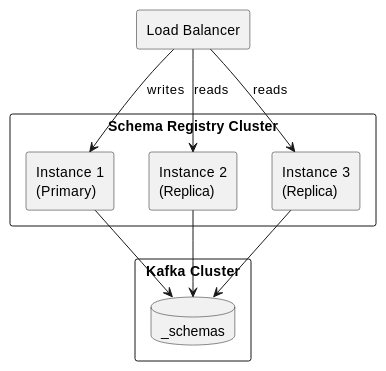
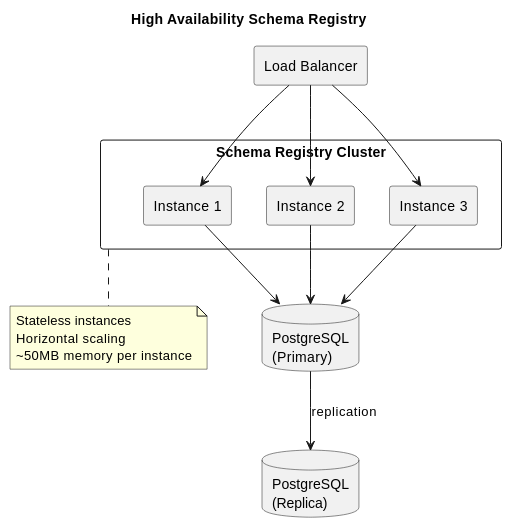
The second of 2 diagrams in docs/data-platforms/kafka/schema-registry/operations.md (axonops/documentation), drawn with PlantUML before and after one commit. The commit also changed other lines of this file and 3 other files, not shown here.

First line of the commit message:
Add cloud storage strategy guide and update Schema Registry for AxonOps

````diff
--- a/docs/data-platforms/kafka/schema-registry/operations.md
+++ b/docs/data-platforms/kafka/schema-registry/operations.md
@@ -39,27 +159,35 @@
 ```plantuml
 @startuml
+skinparam backgroundColor #FFFFFF
 
-skinparam backgroundColor transparent
+title High Availability Schema Registry
 
 rectangle "Load Balancer" as lb
 
-rectangle "Schema Registry Cluster" {
-  rectangle "Instance 1\n(Primary)" as sr1
-  rectangle "Instance 2\n(Replica)" as sr2
-  rectangle "Instance 3\n(Replica)" as sr3
+rectangle "Schema Registry Cluster" as cluster {
+  rectangle "Instance 1" as sr1
+  rectangle "Instance 2" as sr2
+  rectangle "Instance 3" as sr3
 }
 
-rectangle "Kafka Cluster" as kafka {
-  database "_schemas" as schemas
-}
+database "PostgreSQL\n(Primary)" as pg_primary
+database "PostgreSQL\n(Replica)" as pg_replica
 
-lb --> sr1 : writes
-lb --> sr2 : reads
-lb --> sr3 : reads
+lb --> sr1
+lb --> sr2
+lb --> sr3
 
-sr1 --> schemas
-sr2 --> schemas
-sr3 --> schemas
+sr1 --> pg_primary
+sr2 --> pg_primary
+sr3 --> pg_primary
+
+pg_primary --> pg_replica : replication
+
+note bottom of cluster
+  Stateless instances
+  Horizontal scaling
+  ~50MB memory per instance
+end note
 
 @enduml
 ```
````
